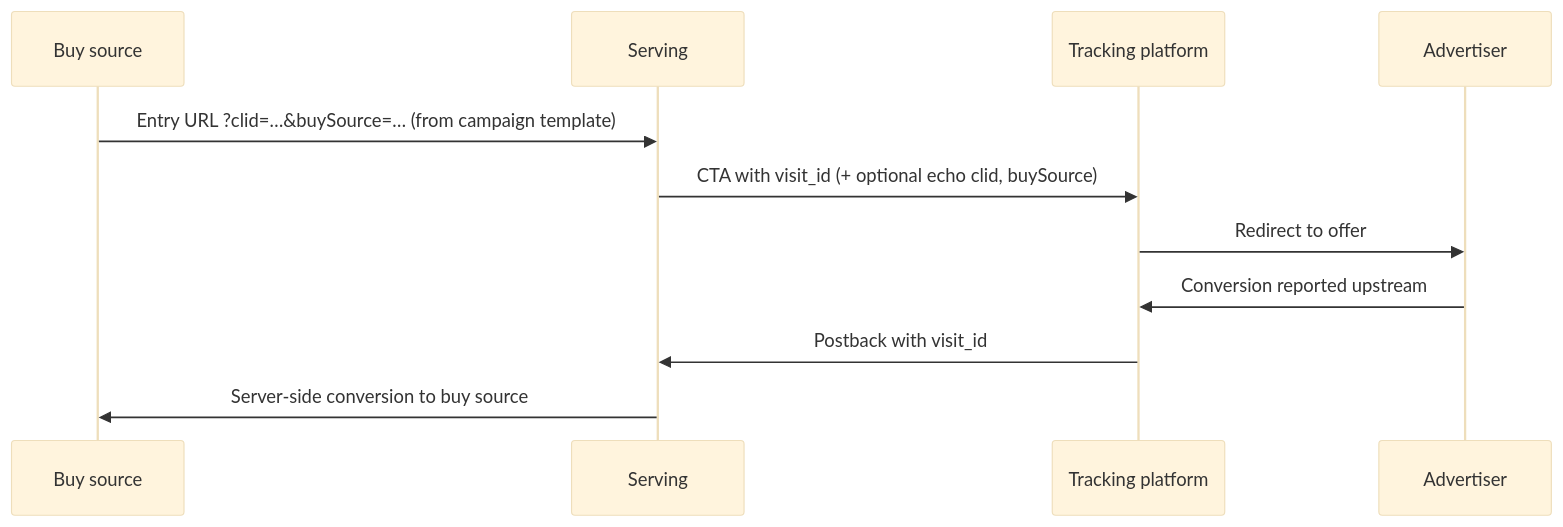
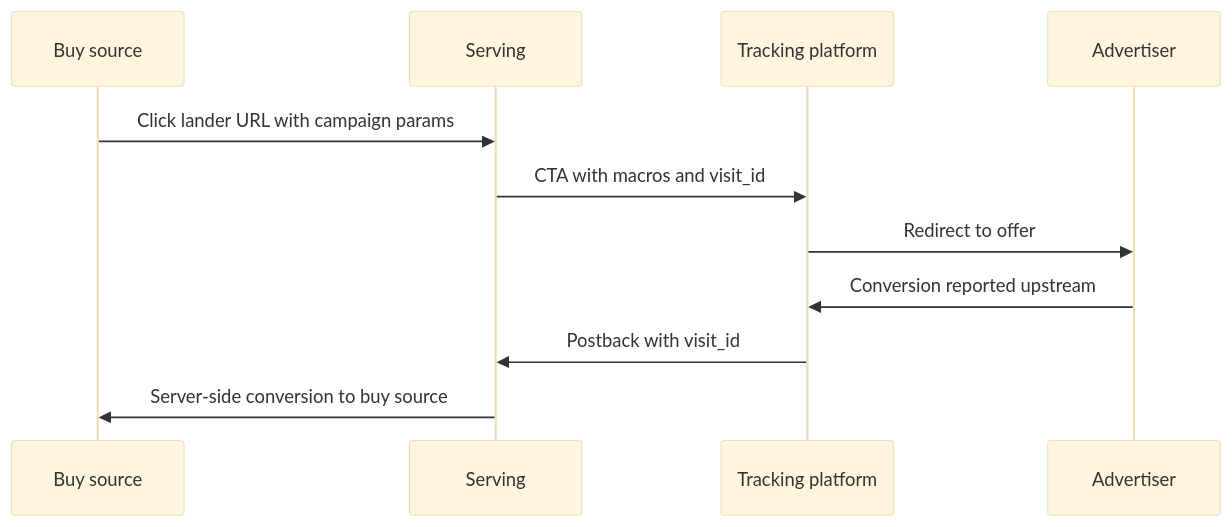
The diagram in uploads/nexus-conversion-destinations.md (tanay-media/nexus-prototype), drawn with Mermaid (base theme) before and after one commit. The commit also changed other lines of this file and 43 other files, not shown here.

````diff
--- a/uploads/nexus-conversion-destinations.md
+++ b/uploads/nexus-conversion-destinations.md
@@ -67,14 +59,14 @@
 ```mermaid
 sequenceDiagram
   participant Buy as Buy source
   participant Srv as Serving
   participant Trk as Tracking platform
   participant Adv as Advertiser
 
-  Buy->>Srv: Entry URL ?clid=…&buySource=… (from campaign template)
-  Srv->>Trk: CTA with visit_id (+ optional echo clid, buySource)
+  Buy->>Srv: Click lander URL with campaign params
+  Srv->>Trk: CTA with macros and visit_id
   Trk->>Adv: Redirect to offer
   Adv->>Trk: Conversion reported upstream
   Trk->>Srv: Postback with visit_id
   Srv->>Buy: Server-side conversion to buy source
 ```
````
